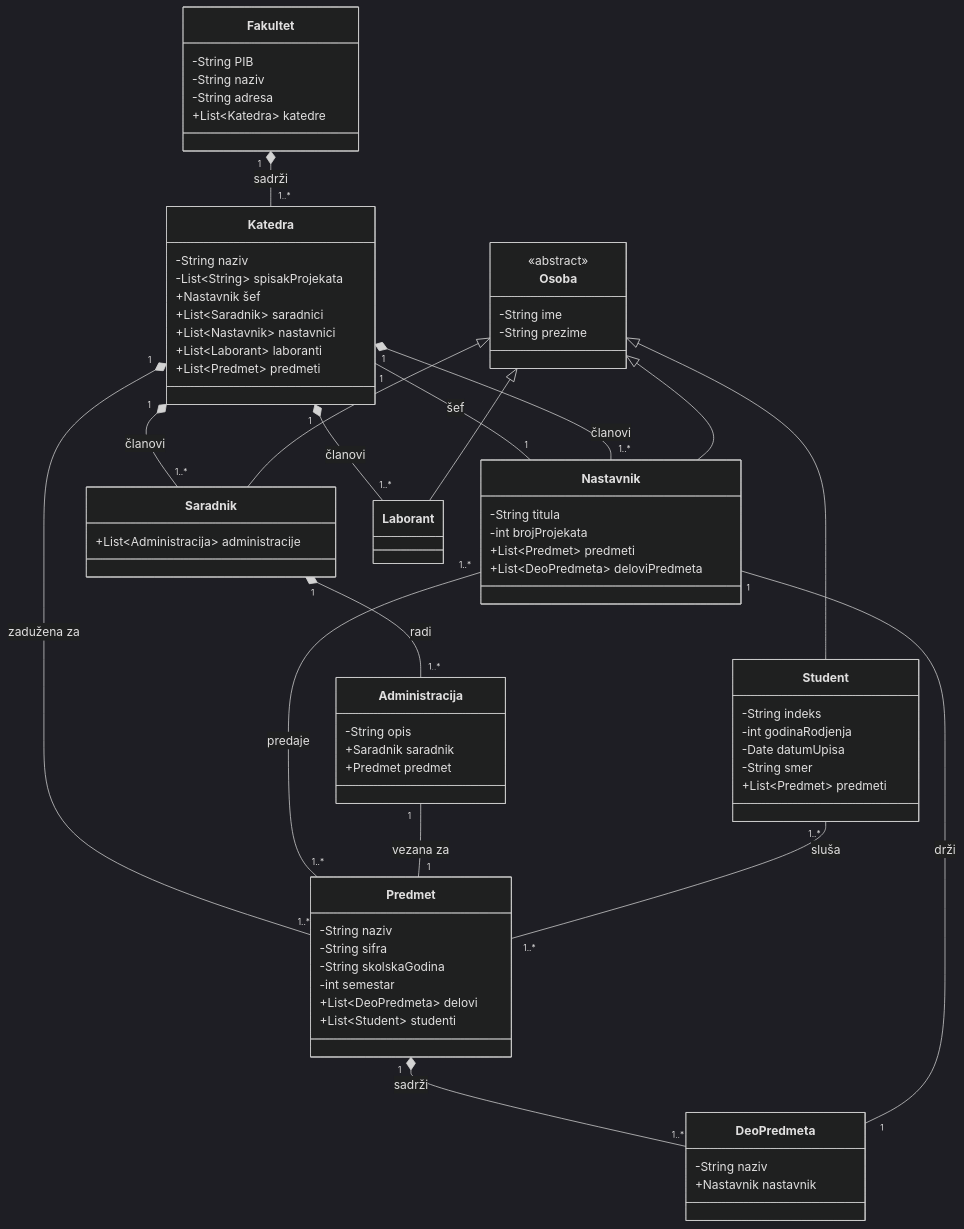
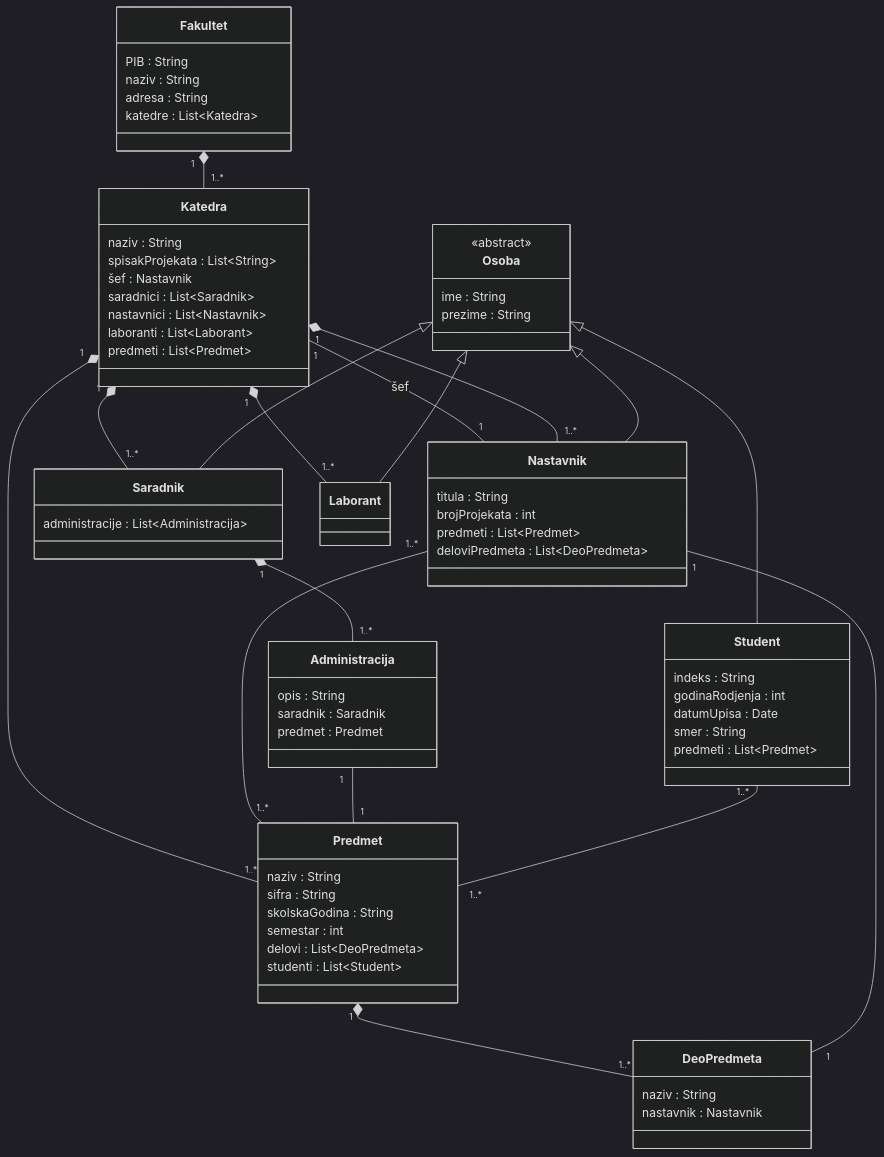
One commit to lazarevicOgnjen/II-godina changed the diagram in oopj/UML/januar-2025.md. Above: the diagram before and after it, drawn with Mermaid (dark theme).

````diff
--- a/oopj/UML/januar-2025.md
+++ b/oopj/UML/januar-2025.md
@@ -3,82 +3,82 @@
 ```mermaid
 classDiagram
     class Fakultet {
-        -String PIB
-        -String naziv
-        -String adresa
-        +List~Katedra~ katedre
+        PIB : String
+        naziv : String
+        adresa : String
+        katedre : List~Katedra~
     }
 
     class Katedra {
-        -String naziv
-        -List~String~ spisakProjekata
-        +Nastavnik šef
-        +List~Saradnik~ saradnici
-        +List~Nastavnik~ nastavnici
-        +List~Laborant~ laboranti
-        +List~Predmet~ predmeti
+        naziv : String
+        spisakProjekata : List~String~
+        šef : Nastavnik
+        saradnici : List~Saradnik~
+        nastavnici : List~Nastavnik~
+        laboranti : List~Laborant~
+        predmeti : List~Predmet~
     }
 
     class Osoba {
         <<abstract>>
-        -String ime
-        -String prezime
+        ime : String
+        prezime : String
     }
 
     class Student {
-        -String indeks
-        -int godinaRodjenja
-        -Date datumUpisa
-        -String smer
-        +List~Predmet~ predmeti
+        indeks : String
+        godinaRodjenja : int
+        datumUpisa : Date
+        smer : String
+        predmeti : List~Predmet~
     }
 
     class Nastavnik {
-        -String titula
-        -int brojProjekata
-        +List~Predmet~ predmeti
-        +List~DeoPredmeta~ deloviPredmeta
+        titula : String
+        brojProjekata : int
+        predmeti : List~Predmet~
+        deloviPredmeta : List~DeoPredmeta~
     }
 
     class Saradnik {
-        +List~Administracija~ administracije
+        administracije : List~Administracija~
     }
 
     class Laborant {
     }
 
     class Predmet {
-        -String naziv
-        -String sifra
-        -String skolskaGodina
-        -int semestar
-        +List~DeoPredmeta~ delovi
-        +List~Student~ studenti
+        naziv : String
+        sifra : String
+        skolskaGodina : String
+        semestar : int
+        delovi : List~DeoPredmeta~
+        studenti : List~Student~
     }
 
     class DeoPredmeta {
-        -String naziv
-        +Nastavnik nastavnik
+        naziv : String
+        nastavnik : Nastavnik
     }
 
     class Administracija {
-        -String opis
-        +Saradnik saradnik
-        +Predmet predmet
+        opis : String
+        saradnik : Saradnik
+        predmet : Predmet
     }
 
-    Fakultet "1" *-- "1..*" Katedra : sadrži
+    Fakultet "1" *-- "1..*" Katedra
     Katedra "1" -- "1" Nastavnik : šef
-    Katedra "1" *-- "1..*" Saradnik : članovi
-    Katedra "1" *-- "1..*" Nastavnik : članovi
-    Katedra "1" *-- "1..*" Laborant : članovi
-    Katedra "1" *-- "1..*" Predmet : zadužena za
-    Nastavnik "1..*" -- "1..*" Predmet : predaje
-    Predmet "1" *-- "1..*" DeoPredmeta : sadrži
-    DeoPredmeta "1" -- "1" Nastavnik : drži
-    Saradnik "1" *-- "1..*" Administracija : radi
-    Administracija "1" -- "1" Predmet : vezana za
-    Student "1..*" -- "1..*" Predmet : sluša
+    Katedra "1" *-- "1..*" Saradnik
+    Katedra "1" *-- "1..*" Nastavnik
+    Katedra "1" *-- "1..*" Laborant
+    Katedra "1" *-- "1..*" Predmet
+    Nastavnik "1..*" -- "1..*" Predmet
+    Predmet "1" *-- "1..*" DeoPredmeta
+    DeoPredmeta "1" -- "1" Nastavnik
+    Saradnik "1" *-- "1..*" Administracija
+    Administracija "1" -- "1" Predmet
+    Student "1..*" -- "1..*" Predmet
 
     Osoba <|-- Student
     Osoba <|-- Nastavnik
````
